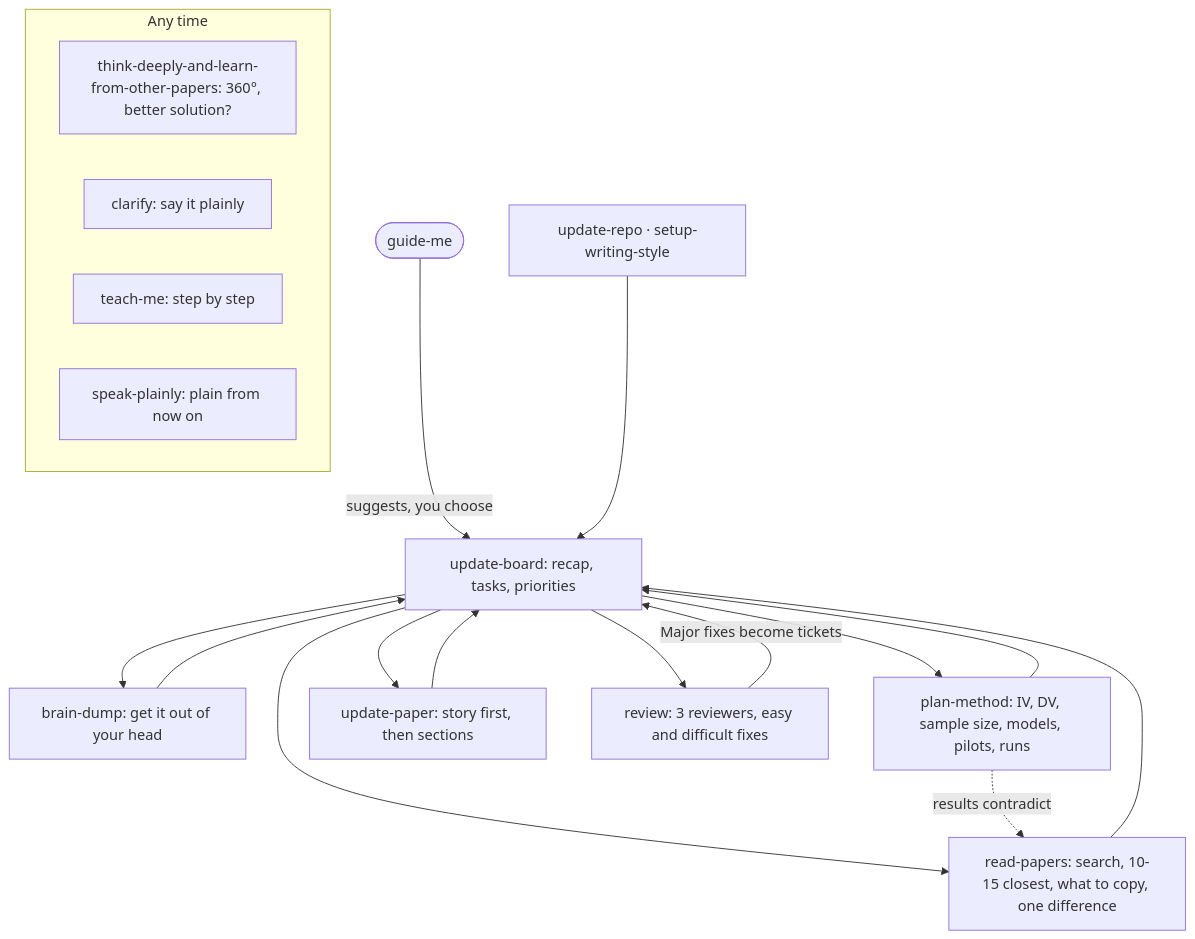
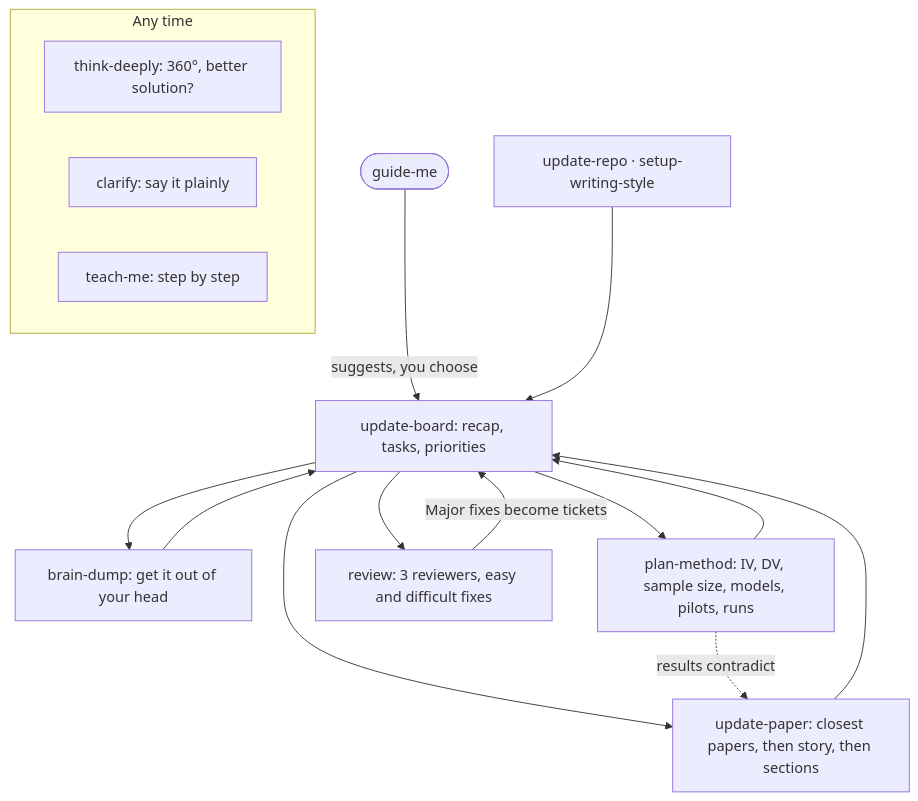
Before and after one commit to chaklam-silpasuwanchai/research_skill: the diagram in docs/how-it-works.md, drawn with Mermaid. The commit also changed other lines of this file and 27 other files, not shown here.

First line of the commit message:
Merge read-papers into update-paper; think-deeply again; drop speak-plainly (0.19.0)

````diff
--- a/docs/how-it-works.md
+++ b/docs/how-it-works.md
@@ -7,22 +7,19 @@
 ```mermaid
 flowchart TD
   G([guide-me]) -->|suggests, you choose| B[update-board: recap, tasks, priorities]
   S[update-repo · setup-writing-style] --> B
   B --> D[brain-dump: get it out of your head]
-  B --> V[read-papers: search, 10-15 closest, what to copy, one difference]
   B --> M[plan-method: IV, DV, sample size, models, pilots, runs]
-  B --> W[update-paper: story first, then sections]
+  B --> W[update-paper: closest papers, then story, then sections]
   B --> R[review: 3 reviewers, easy and difficult fixes]
   D --> B
-  V --> B
   M --> B
   W --> B
   R -->|Major fixes become tickets| B
-  M -. results contradict .-> V
+  M -. results contradict .-> W
   subgraph anytime[Any time]
-    T[think-deeply-and-learn-from-other-papers: 360°, better solution?]
+    T[think-deeply: 360°, better solution?]
     C[clarify: say it plainly]
     E[teach-me: step by step]
-    P[speak-plainly: plain from now on]
   end
 ```
````
